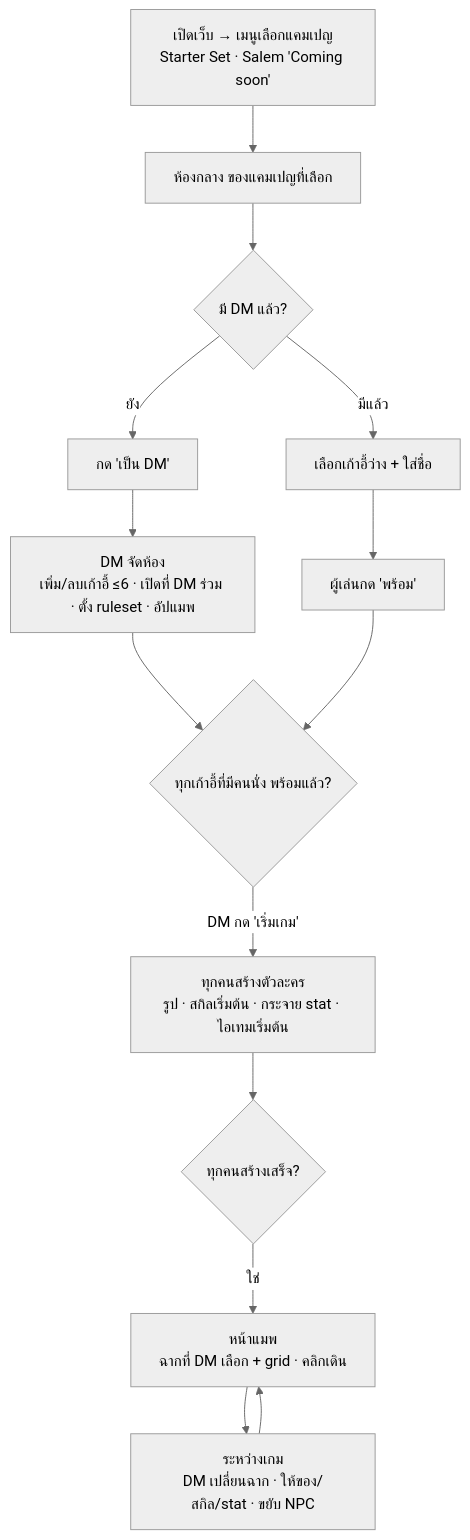
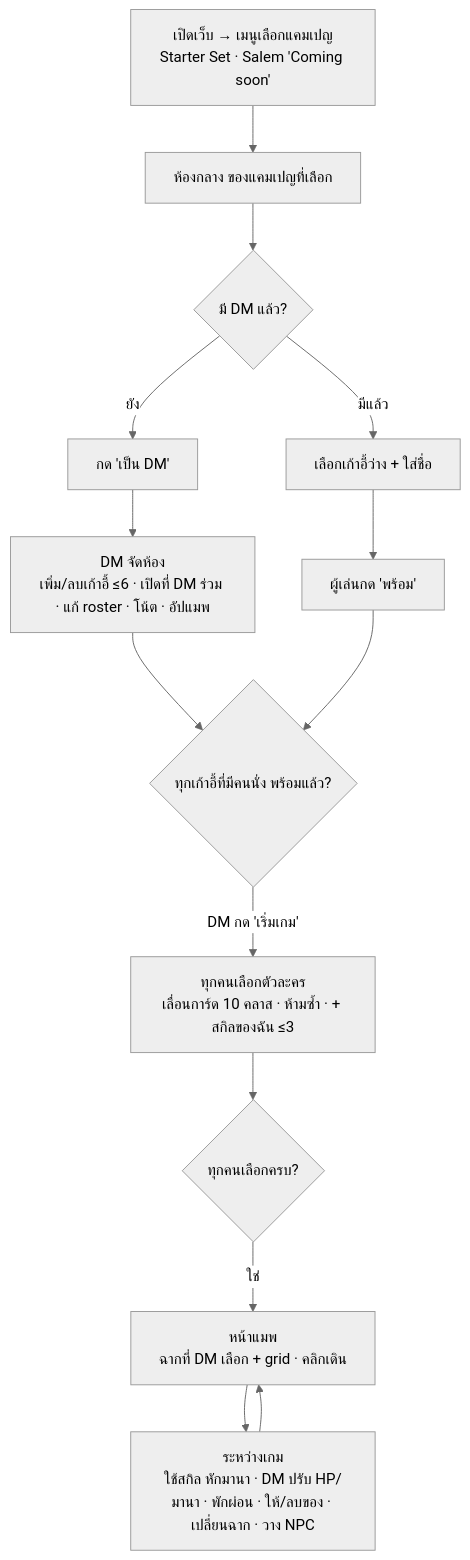
One commit to Shinnamon-Roll/project-D-D changed the first of 2 diagrams in docs/design/web-flow.md. Above: the diagram before and after it, drawn with Mermaid (neutral theme). The commit also changed other lines of this file and 41 other files, not shown here.

````diff
--- a/docs/design/web-flow.md
+++ b/docs/design/web-flow.md
@@ -20,16 +23,16 @@
 ```mermaid
 flowchart TD
   M[เปิดเว็บ → เมนูเลือกแคมเปญ<br/>Starter Set · Salem 'Coming soon'] --> A
   A[ห้องกลาง ของแคมเปญที่เลือก] --> B{มี DM แล้ว?}
   B -- ยัง --> C[กด 'เป็น DM']
   B -- มีแล้ว --> D[เลือกเก้าอี้ว่าง + ใส่ชื่อ]
-  C --> E[DM จัดห้อง<br/>เพิ่ม/ลบเก้าอี้ ≤6 · เปิดที่ DM ร่วม · ตั้ง ruleset · อัปแมพ]
+  C --> E[DM จัดห้อง<br/>เพิ่ม/ลบเก้าอี้ ≤6 · เปิดที่ DM ร่วม · แก้ roster · โน้ต · อัปแมพ]
   D --> F[ผู้เล่นกด 'พร้อม']
   E --> G{ทุกเก้าอี้ที่มีคนนั่ง พร้อมแล้ว?}
   F --> G
-  G -- DM กด 'เริ่มเกม' --> H[ทุกคนสร้างตัวละคร<br/>รูป · สกิลเริ่มต้น · กระจาย stat · ไอเทมเริ่มต้น]
-  H --> I{ทุกคนสร้างเสร็จ?}
+  G -- DM กด 'เริ่มเกม' --> H[ทุกคนเลือกตัวละคร<br/>เลื่อนการ์ด 10 คลาส · ห้ามซ้ำ · + สกิลของฉัน ≤3]
+  H --> I{ทุกคนเลือกครบ?}
   I -- ใช่ --> J[หน้าแมพ<br/>ฉากที่ DM เลือก + grid · คลิกเดิน]
-  J --> K[ระหว่างเกม<br/>DM เปลี่ยนฉาก · ให้ของ/สกิล/stat · ขยับ NPC]
+  J --> K[ระหว่างเกม<br/>ใช้สกิล หักมานา · DM ปรับ HP/มานา · พักผ่อน · ให้/ลบของ · เปลี่ยนฉาก · วาง NPC]
   K --> J
 ```
````
